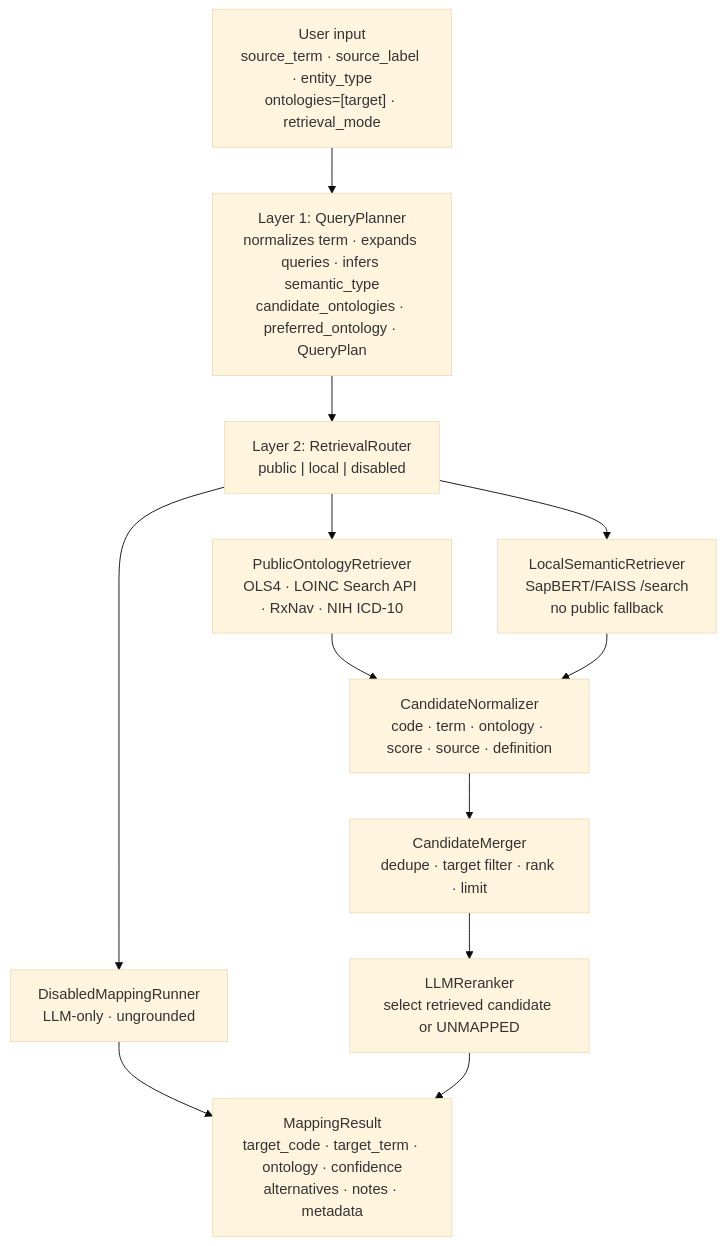
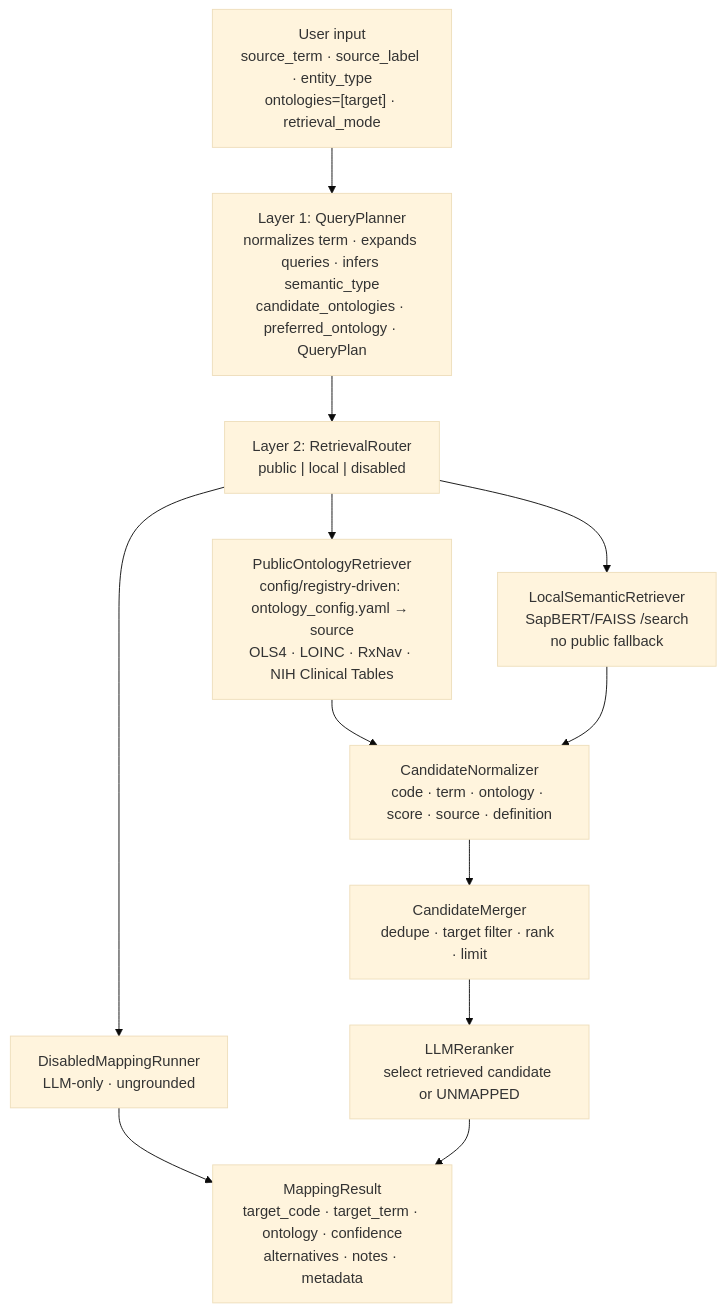
Before and after one commit to courtotlab/llm-ontology-mapper: the diagram in README.md, drawn with Mermaid (base theme). The commit also changed other lines of this file, not shown here.

Commit message:
align README with current mapper architecture

````diff
--- a/README.md
+++ b/README.md
@@ -11,19 +11,19 @@
 ```mermaid
 flowchart TB
     In["User input<br/>source_term · source_label · entity_type<br/>ontologies=[target] · retrieval_mode"]
     Plan["Layer 1: QueryPlanner<br/>normalizes term · expands queries · infers semantic_type<br/>candidate_ontologies · preferred_ontology · QueryPlan"]
     Route["Layer 2: RetrievalRouter<br/>public | local | disabled"]
-    Public["PublicOntologyRetriever<br/>OLS4 · LOINC Search API · RxNav · NIH ICD-10"]
+    Public["PublicOntologyRetriever<br/>config/registry-driven: ontology_config.yaml → source<br/>OLS4 · LOINC · RxNav · NIH Clinical Tables"]
     Local["LocalSemanticRetriever<br/>SapBERT/FAISS /search<br/>no public fallback"]
     Disabled["DisabledMappingRunner<br/>LLM-only · ungrounded"]
     Norm["CandidateNormalizer<br/>code · term · ontology · score · source · definition"]
     Merge["CandidateMerger<br/>dedupe · target filter · rank · limit"]
     Rerank["LLMReranker<br/>select retrieved candidate or UNMAPPED"]
     Out["MappingResult<br/>target_code · target_term · ontology · confidence<br/>alternatives · notes · metadata"]
 
     In --> Plan --> Route
     Route --> Public --> Norm
     Route --> Local --> Norm
     Route --> Disabled --> Out
     Norm --> Merge --> Rerank --> Out
 ```
````
